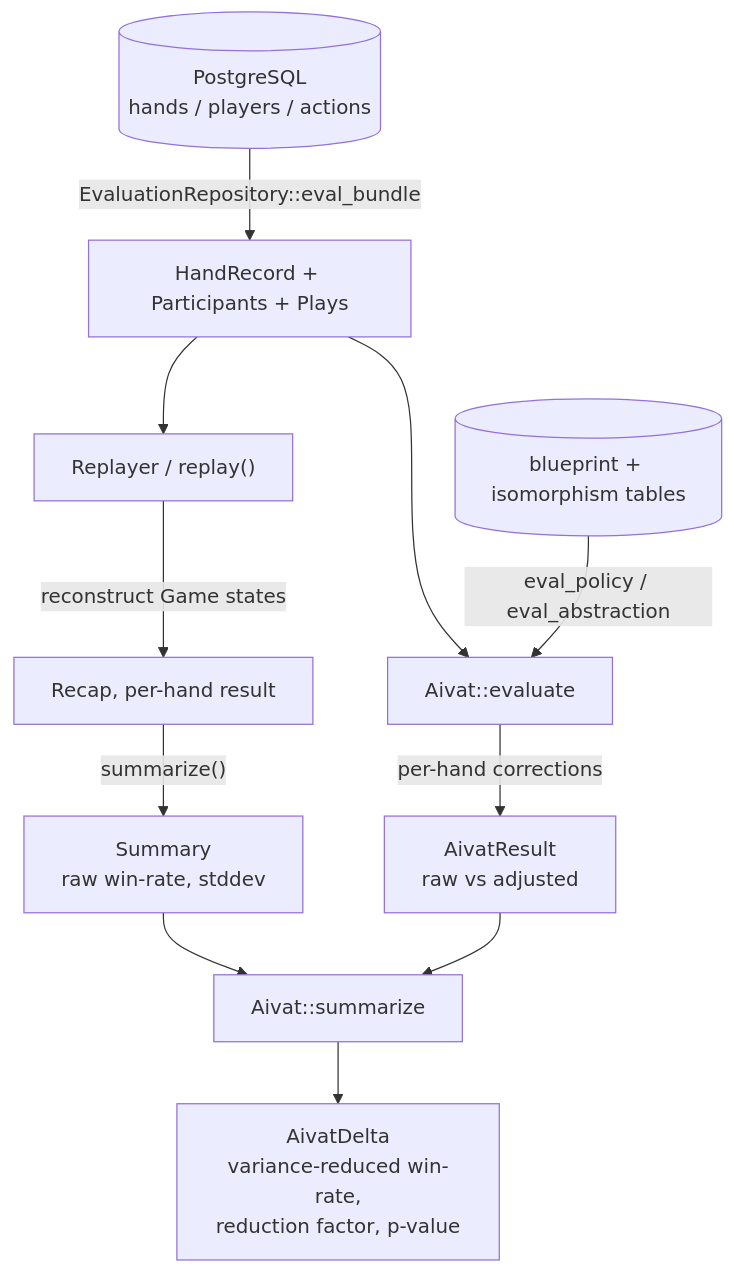
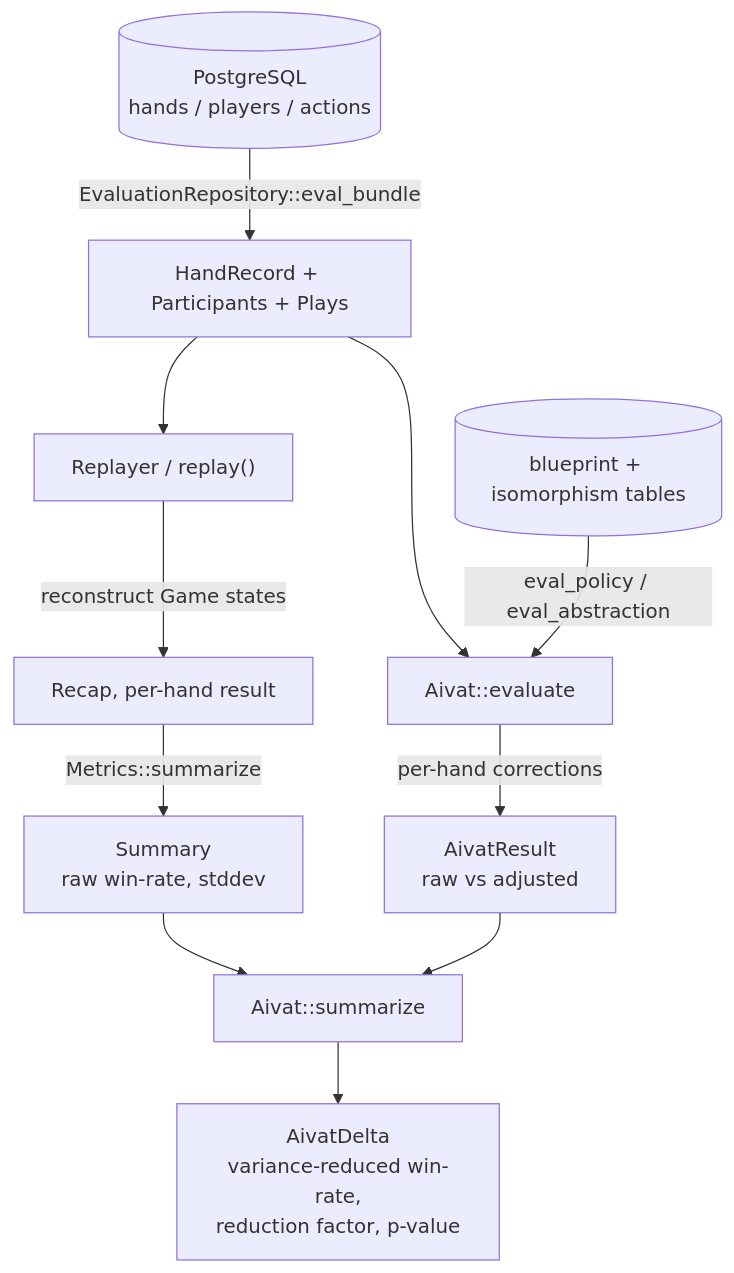
Before and after one commit to krukah/robopoker: the first of 2 diagrams in crates/arena/README.md, drawn with Mermaid. The commit also changed other lines of this file and 26 other files, not shown here.

````diff
--- a/crates/arena/README.md
+++ b/crates/arena/README.md
@@ -9,14 +9,14 @@
 ```mermaid
 flowchart TD
     DB[("PostgreSQL<br/>hands / players / actions")]
     DB -->|"EvaluationRepository::eval_bundle"| BUNDLE["HandRecord + Participants + Plays"]
     BUNDLE --> REP["Replayer / replay()"]
     REP -->|reconstruct Game states| RECAP["Recap, per-hand result"]
-    RECAP -->|"summarize()"| SUM["Summary<br/>raw win-rate, stddev"]
+    RECAP -->|"Metrics::summarize"| SUM["Summary<br/>raw win-rate, stddev"]
     BUNDLE --> AIVAT["Aivat::evaluate"]
     BP[("blueprint + isomorphism tables")] -->|eval_policy / eval_abstraction| AIVAT
     AIVAT -->|per-hand corrections| RES["AivatResult<br/>raw vs adjusted"]
     SUM --> DELTA["Aivat::summarize"]
     RES --> DELTA
     DELTA --> OUT["AivatDelta<br/>variance-reduced win-rate,<br/>reduction factor, p-value"]
 ```
````
